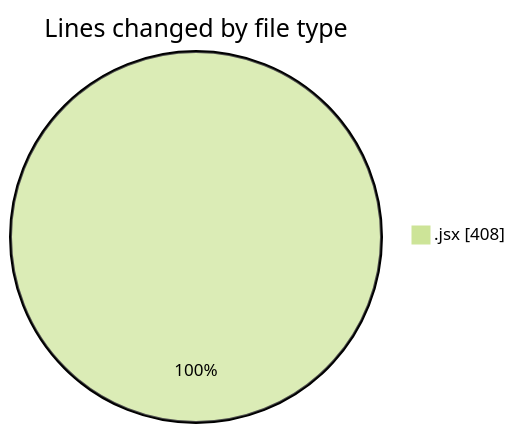
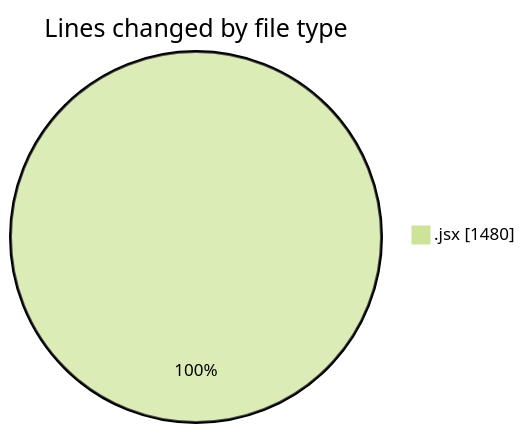
Before and after one commit to nxtqubesakshisongat/code-tracking: the first of 2 diagrams in 2025-11-30/nxtqube_webapp/README.md, drawn with Mermaid (forest theme). The commit also changed other lines of this file and 1 other file, not shown here.

````diff
--- a/2025-11-30/nxtqube_webapp/README.md
+++ b/2025-11-30/nxtqube_webapp/README.md
@@ -20,5 +21,5 @@
 ```mermaid
 pie showData
 title Lines changed by file type
-".jsx" : 408
+".jsx" : 1480
 ```
````
